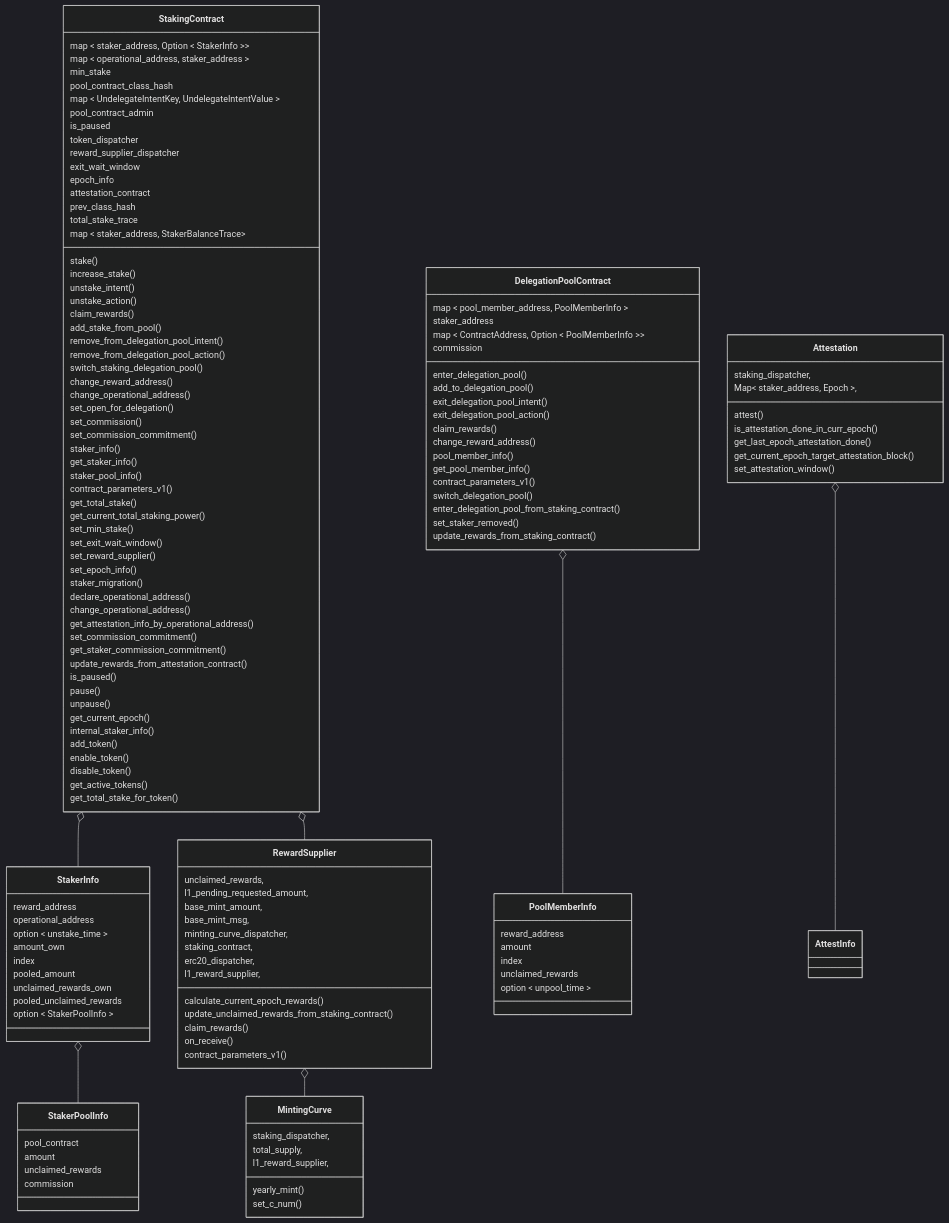
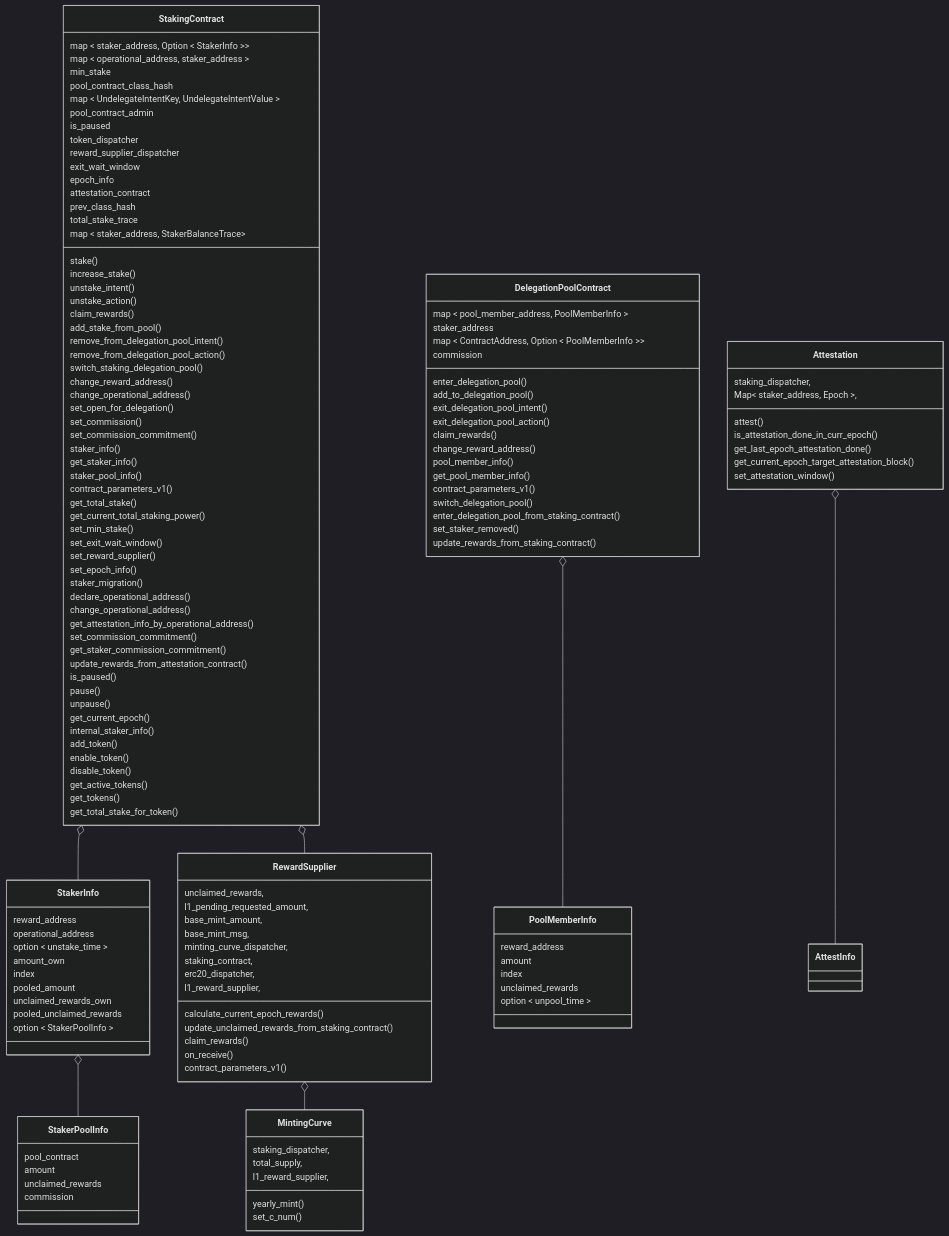
One commit to starkware-libs/starknet-staking changed the first of 8 diagrams in workspace/apps/staking/docs/spec.md. Above: the diagram before and after it, drawn with Mermaid (dark theme). The commit also changed other lines of this file and 4 other files, not shown here.

First line of the commit message:
feat(staking): add get_tokens view function (#4846)

```diff
--- a/workspace/apps/staking/docs/spec.md
+++ b/workspace/apps/staking/docs/spec.md
@@ -307,6 +308,7 @@
     enable_token()
     disable_token()
     get_active_tokens()
+    get_tokens()
     get_total_stake_for_token()
   }
   class DelegationPoolContract{
```
